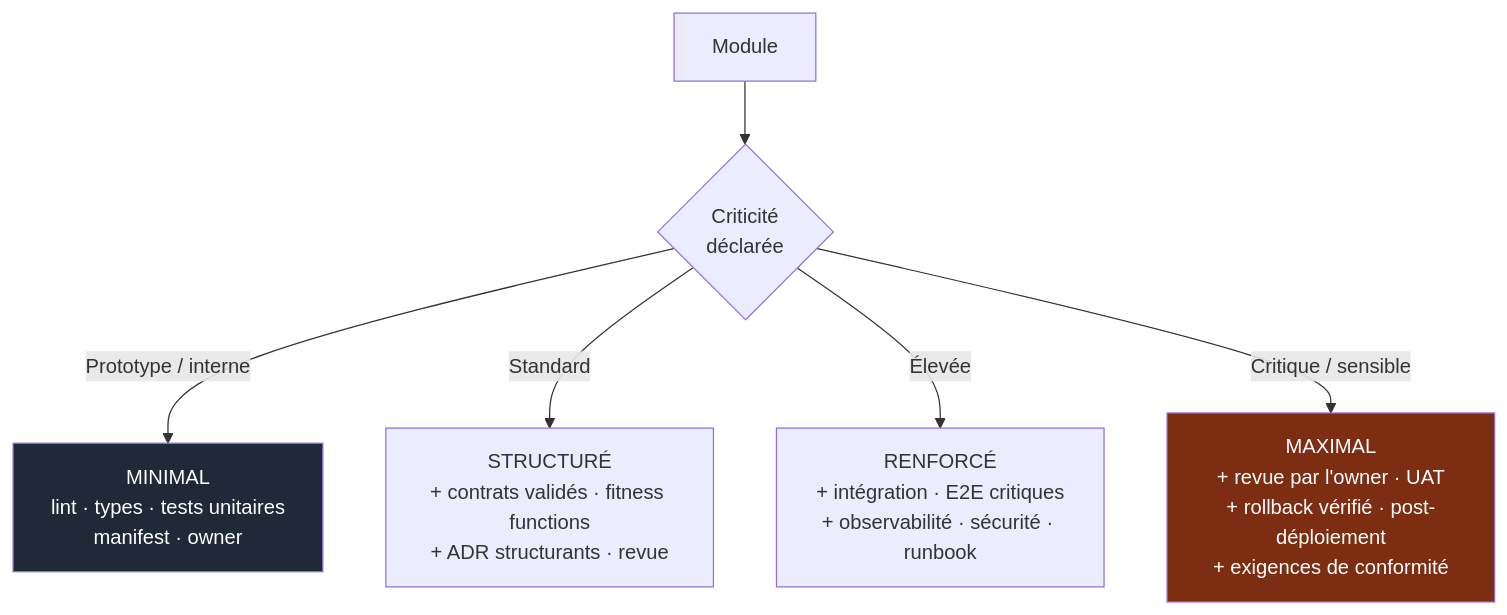
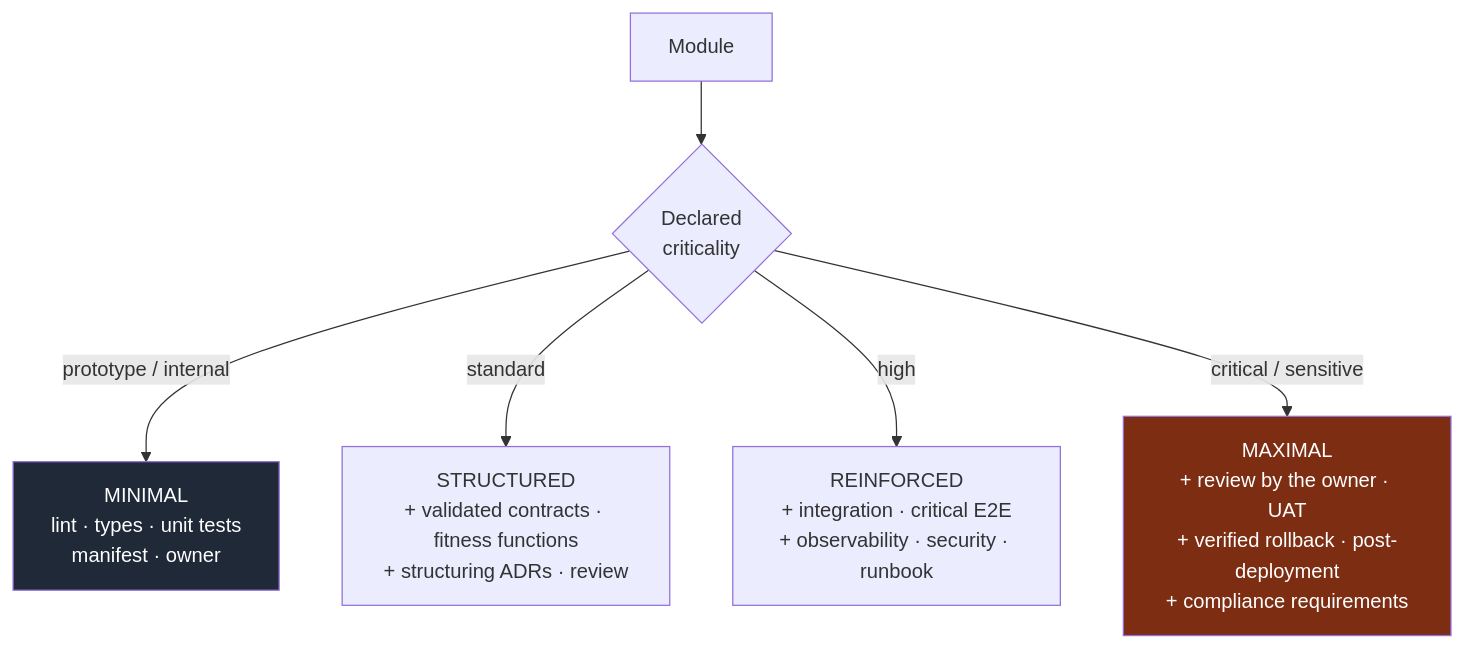
One commit to NapkinStack/engineering-os changed the third of 4 diagrams in skeleton/docs/os/07-governance.md. Above: the diagram before and after it, drawn with Mermaid. The commit also changed other lines of this file, not shown here.

````diff
--- a/skeleton/docs/os/07-governance.md
+++ b/skeleton/docs/os/07-governance.md
@@ -188,12 +191,12 @@
 ```mermaid
 flowchart TD
-    A["Module"] --> B{"Criticité<br/>déclarée"}
+    A["Module"] --> B{"Declared<br/>criticality"}
 
-    B -->|"Prototype / interne"| P["MINIMAL<br/>lint · types · tests unitaires<br/>manifest · owner"]
-    B -->|"Standard"| S["STRUCTURÉ<br/>+ contrats validés · fitness functions<br/>+ ADR structurants · revue"]
-    B -->|"Élevée"| E["RENFORCÉ<br/>+ intégration · E2E critiques<br/>+ observabilité · sécurité · runbook"]
-    B -->|"Critique / sensible"| C["MAXIMAL<br/>+ revue par l'owner · UAT<br/>+ rollback vérifié · post-déploiement<br/>+ exigences de conformité"]
+    B -->|"prototype / internal"| P["MINIMAL<br/>lint · types · unit tests<br/>manifest · owner"]
+    B -->|"standard"| S["STRUCTURED<br/>+ validated contracts · fitness functions<br/>+ structuring ADRs · review"]
+    B -->|"high"| E["REINFORCED<br/>+ integration · critical E2E<br/>+ observability · security · runbook"]
+    B -->|"critical / sensitive"| C["MAXIMAL<br/>+ review by the owner · UAT<br/>+ verified rollback · post-deployment<br/>+ compliance requirements"]
 
     style P fill:#1f2937,color:#fff
     style C fill:#7c2d12,color:#fff
 ```
````
